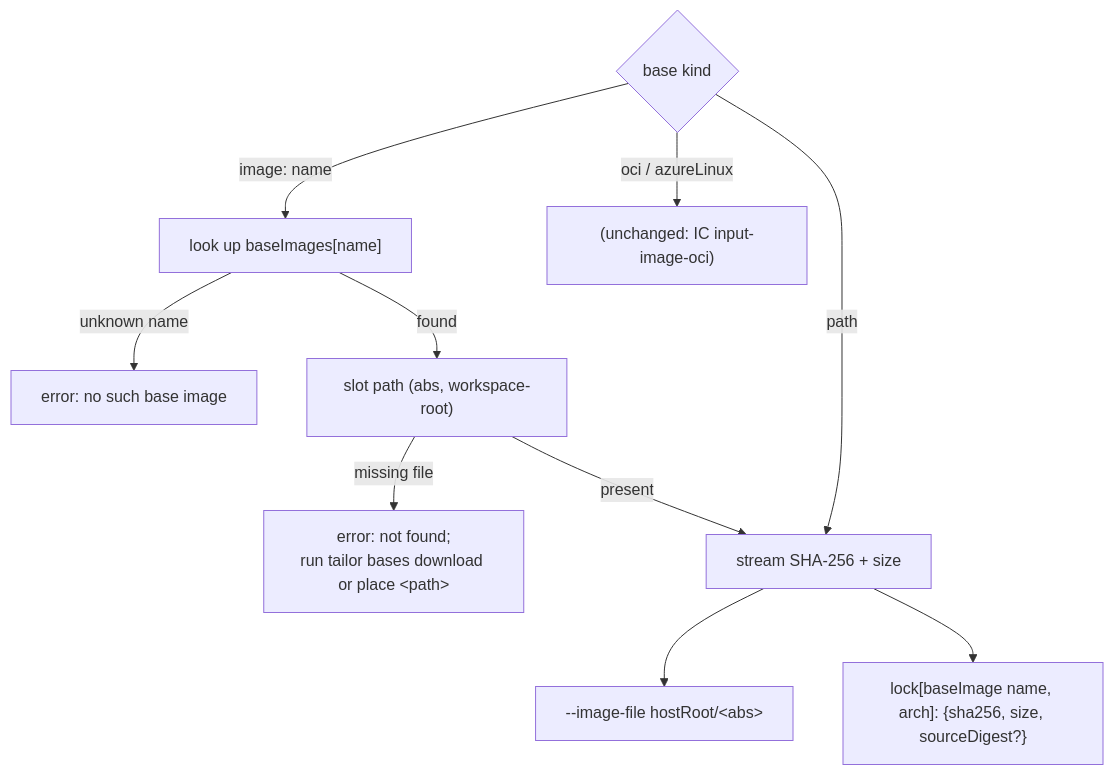
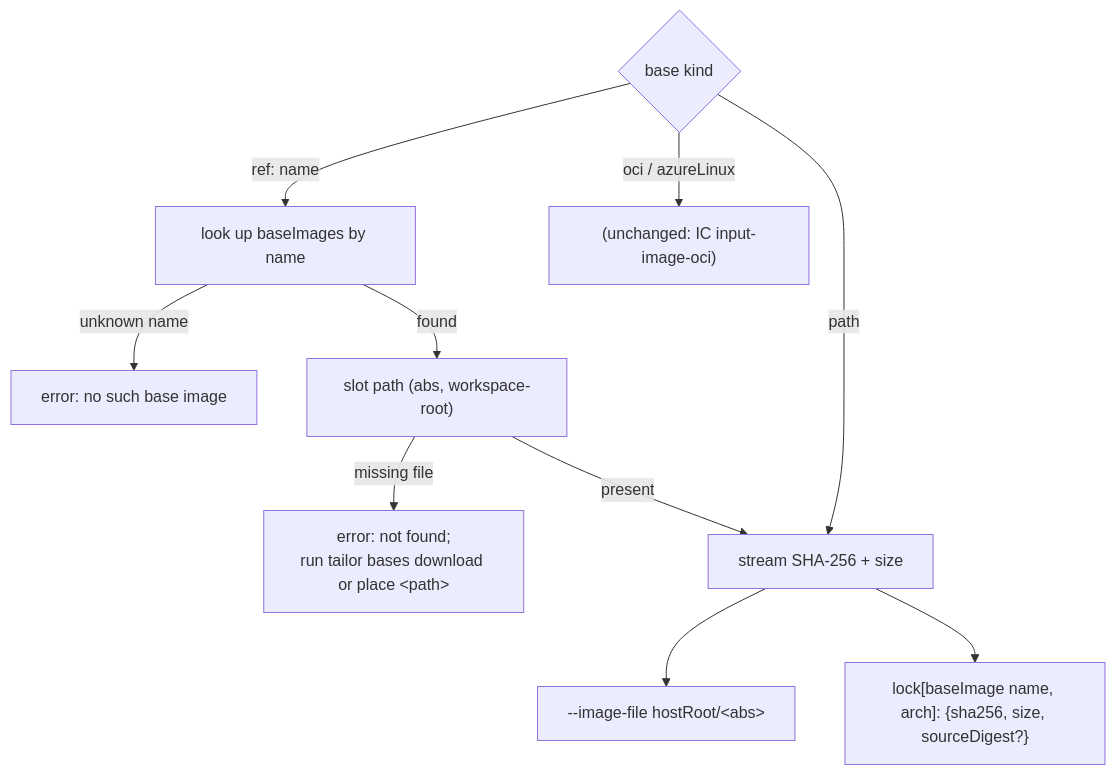
Before and after one commit to frhuelsz/tailor: the second of 2 diagrams in meta/docs/base-image-catalogue.md, drawn with Mermaid. The commit also changed other lines of this file and 28 other files, not shown here.

First line of the commit message:
Convert toolchains + baseImages catalogues to list-with-name form

````diff
--- a/meta/docs/base-image-catalogue.md
+++ b/meta/docs/base-image-catalogue.md
@@ -263,13 +264,13 @@
 ```mermaid
 flowchart TD
   B{"base kind"}
-  B -->|image: name| C["look up baseImages[name]"]
+  B -->|ref: name| C["look up baseImages by name"]
   C -->|unknown name| E1["error: no such base image"]
   C -->|found| Pth["slot path (abs, workspace-root)"]
   Pth -->|missing file| E2["error: not found;<br/>run tailor bases download or place &lt;path&gt;"]
   Pth -->|present| H["stream SHA-256 + size"]
   H --> CLI["--image-file hostRoot/&lt;abs&gt;"]
   H --> L["lock[baseImage name, arch]: {sha256, size, sourceDigest?}"]
   B -->|path| H
   B -->|oci / azureLinux| OCI["(unchanged: IC input-image-oci)"]
 ```
````
